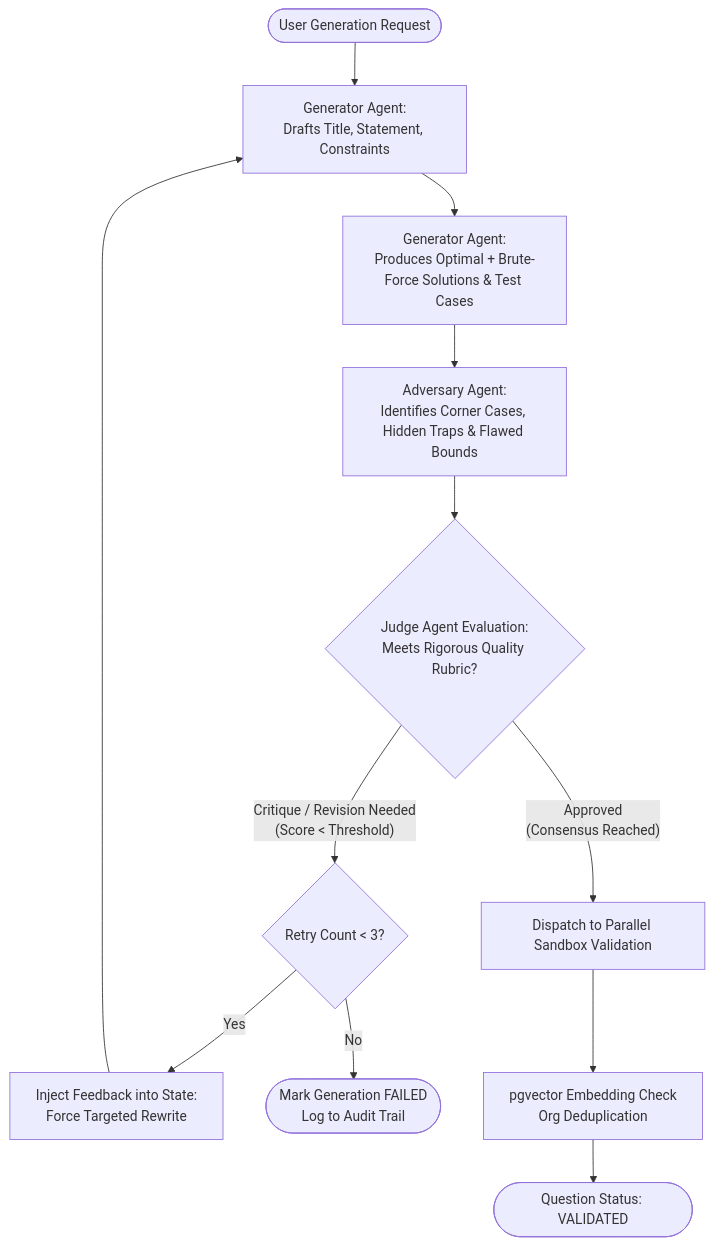
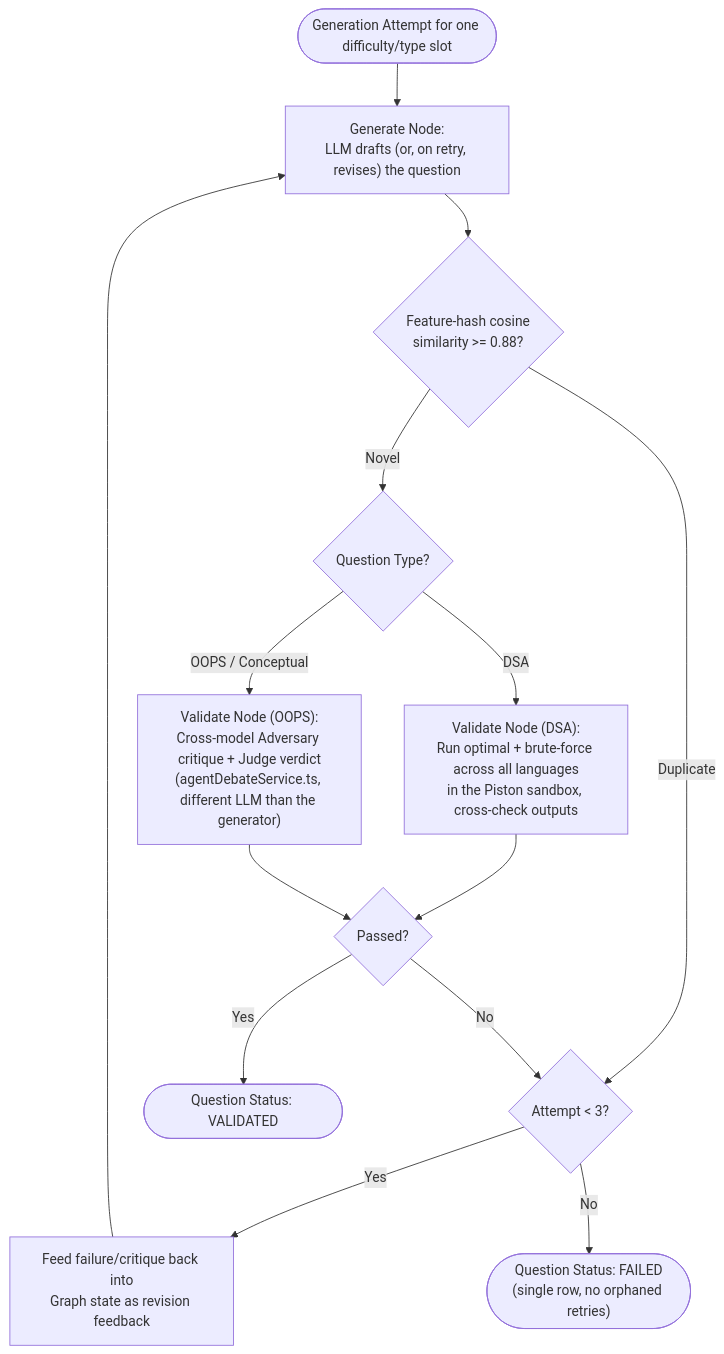
Before and after one commit to yashsrivastava1408/QuestionForge: the third of 9 diagrams in README.md, drawn with Mermaid. The commit also changed other lines of this file and 81 other files, not shown here.

Commit message:
feat: wire real LangGraph engine, ingestion pipeline, dedupe sandbox, fix CI, and correct doc/code drift

````diff
--- a/README.md
+++ b/README.md
@@ -332,19 +349,21 @@
 ```mermaid
 flowchart TD
-    Start([User Generation Request]) --> GenInit["Generator Agent:\nDrafts Title, Statement, Constraints"]
-    GenInit --> GenCode["Generator Agent:\nProduces Optimal + Brute-Force Solutions & Test Cases"]
-    
-    GenCode --> AdvReview["Adversary Agent:\nIdentifies Corner Cases, Hidden Traps & Flawed Bounds"]
-    
-    AdvReview --> JudgeEval{"Judge Agent Evaluation:\nMeets Rigorous Quality Rubric?"}
-    
-    JudgeEval -- "Critique / Revision Needed\n(Score < Threshold)" --> RetryCheck{"Retry Count < 3?"}
-    RetryCheck -- Yes --> FeedbackGen["Inject Feedback into State:\nForce Targeted Rewrite"]
-    FeedbackGen --> GenInit
-    
-    RetryCheck -- No --> FailState(["Mark Generation FAILED\nLog to Audit Trail"])
-    
-    JudgeEval -- "Approved\n(Consensus Reached)" --> ValidationSuite["Dispatch to Parallel Sandbox Validation"]
-    ValidationSuite --> Deduplication["pgvector Embedding Check\nOrg Deduplication"]
-    Deduplication --> SuccessState(["Question Status: VALIDATED"])
+    Start([Generation Attempt for one difficulty/type slot]) --> GenNode["Generate Node:\nLLM drafts (or, on retry, revises) the question"]
+
+    GenNode --> DupCheck{"Feature-hash cosine\nsimilarity >= 0.88?"}
+    DupCheck -- "Duplicate" --> RetryCheck
+    DupCheck -- "Novel" --> TypeSplit{"Question Type?"}
+
+    TypeSplit -- "DSA" --> Sandbox["Validate Node (DSA):\nRun optimal + brute-force across all languages\nin the Piston sandbox, cross-check outputs"]
+    TypeSplit -- "OOPS / Conceptual" --> Debate["Validate Node (OOPS):\nCross-model Adversary critique + Judge verdict\n(agentDebateService.ts, different LLM than the generator)"]
+
+    Sandbox --> Passed{"Passed?"}
+    Debate --> Passed
+
+    Passed -- "No" --> RetryCheck{"Attempt < 3?"}
+    RetryCheck -- Yes --> FeedbackGen["Feed failure/critique back into\nGraph state as revision feedback"]
+    FeedbackGen --> GenNode
+
+    RetryCheck -- No --> FailState(["Question Status: FAILED\n(single row, no orphaned retries)"])
+    Passed -- "Yes" --> SuccessState(["Question Status: VALIDATED"])
 ```
````
